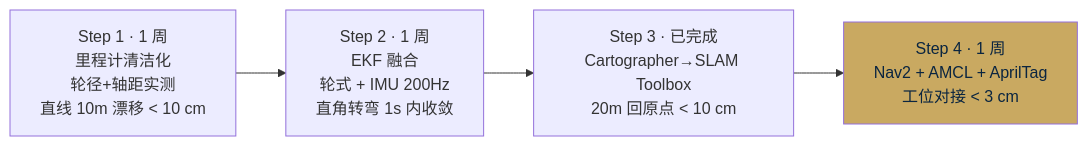
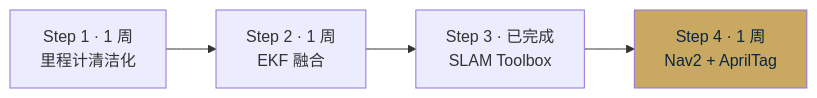
One commit to shuyx/xc-robot2lab changed diagram 12 of 12 in dev/agv-navigation-architecture/doc.md. Above: the diagram before and after it, drawn with Mermaid. The commit also changed other lines of this file and 105 other files, not shown here.

````diff
--- a/dev/agv-navigation-architecture/doc.md
+++ b/dev/agv-navigation-architecture/doc.md
@@ -405,11 +405,11 @@
 ```mermaid
 flowchart LR
-    S1[Step 1 · 1 周<br/>里程计清洁化<br/>轮径+轴距实测<br/>直线 10m 漂移 &lt; 10 cm]
-    S2[Step 2 · 1 周<br/>EKF 融合<br/>轮式 + IMU 200Hz<br/>直角转弯 1s 内收敛]
-    S3[Step 3 · 已完成<br/>Cartographer→SLAM Toolbox<br/>20m 回原点 &lt; 10 cm]
-    S4[Step 4 · 1 周<br/>Nav2 + AMCL + AprilTag<br/>工位对接 &lt; 3 cm]
+    S1["Step 1 · 1 周<br/>里程计清洁化"]
+    S2["Step 2 · 1 周<br/>EKF 融合"]
+    S3["Step 3 · 已完成<br/>SLAM Toolbox"]
+    S4["Step 4 · 1 周<br/>Nav2 + AprilTag"]
 
     S1 --> S2 --> S3 --> S4
 
     style S4 fill:#C9A961,color:#0A2540
 ```
````
